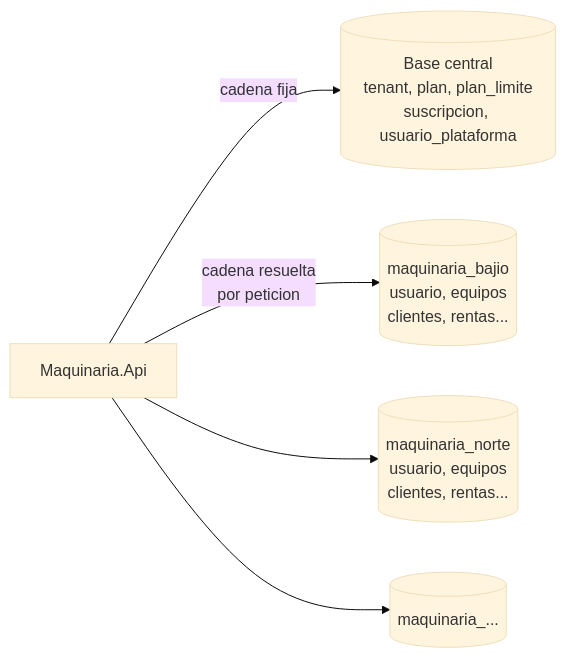
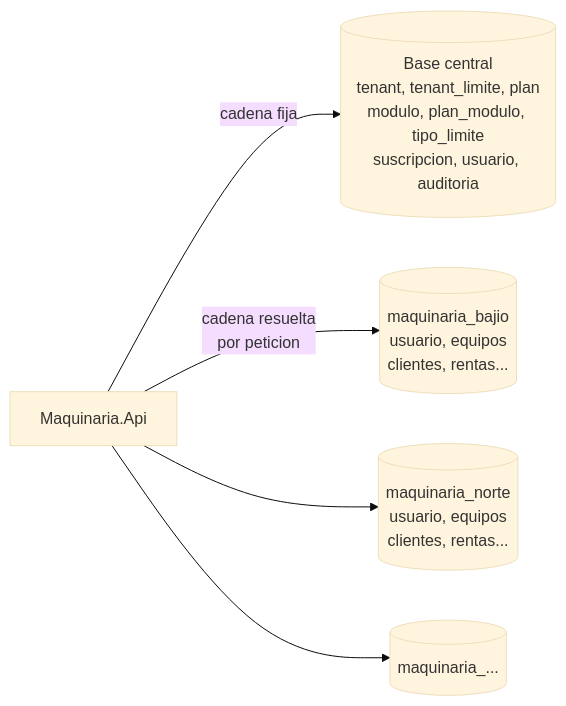
One commit to xYairrx/maquinaria-backend changed the diagram in docs/guias/configuracion.md. Above: the diagram before and after it, drawn with Mermaid (base theme). The commit also changed 143 other files, not shown here.

````diff
--- a/docs/guias/configuracion.md
+++ b/docs/guias/configuracion.md
@@ -9,8 +9,8 @@
 ```mermaid
 graph LR
     API[Maquinaria.Api]
-    API -->|cadena fija| C[(Base central<br/>tenant, plan, plan_limite<br/>suscripcion, usuario_plataforma)]
+    API -->|cadena fija| C[(Base central<br/>tenant, tenant_limite, plan<br/>modulo, plan_modulo, tipo_limite<br/>suscripcion, usuario, auditoria)]
     API -->|cadena resuelta<br/>por peticion| E1[(maquinaria_bajio<br/>usuario, equipos<br/>clientes, rentas...)]
     API --> E2[(maquinaria_norte<br/>usuario, equipos<br/>clientes, rentas...)]
     API --> E3[(maquinaria_...)]
 ```
````
